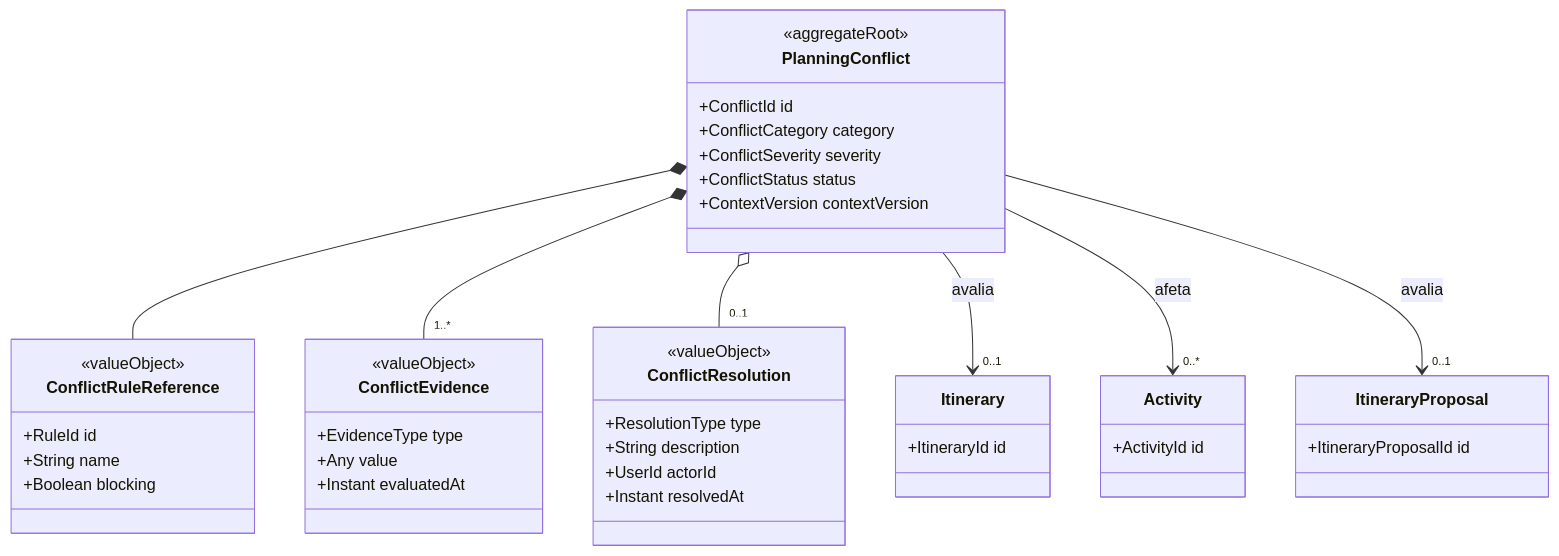
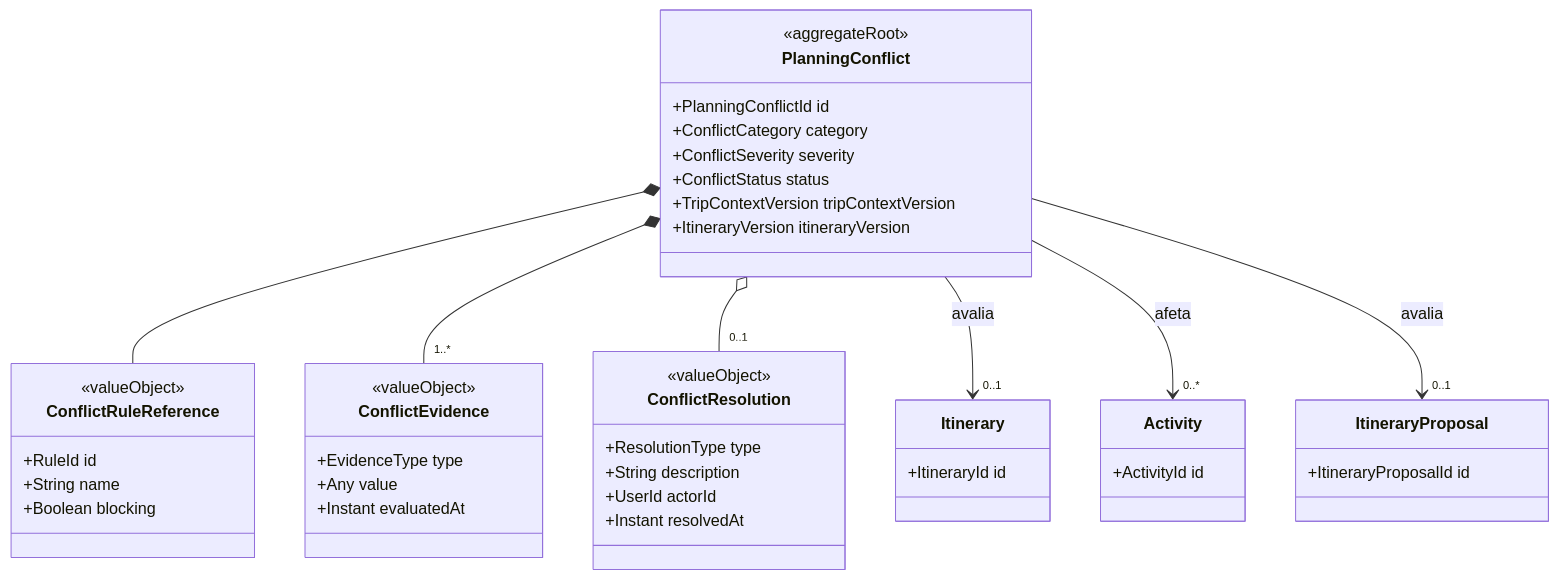
Diagram 15 of 17 in docs/domain/domain-model.md (collapsy/Routebook), drawn with Mermaid before and after one commit. The commit also changed other lines of this file and 1 other file, not shown here.

````diff
--- a/docs/domain/domain-model.md
+++ b/docs/domain/domain-model.md
@@ -2399,52 +2401,53 @@
 ```mermaid
 classDiagram
     class PlanningConflict {
         <<aggregateRoot>>
-        +ConflictId id
+        +PlanningConflictId id
         +ConflictCategory category
         +ConflictSeverity severity
         +ConflictStatus status
-        +ContextVersion contextVersion
+        +TripContextVersion tripContextVersion
+        +ItineraryVersion itineraryVersion
     }
 
     class ConflictRuleReference {
         <<valueObject>>
         +RuleId id
         +String name
         +Boolean blocking
     }
 
     class ConflictEvidence {
         <<valueObject>>
         +EvidenceType type
         +Any value
         +Instant evaluatedAt
     }
 
     class ConflictResolution {
         <<valueObject>>
         +ResolutionType type
         +String description
         +UserId actorId
         +Instant resolvedAt
     }
 
     class Itinerary {
         +ItineraryId id
     }
 
     class Activity {
         +ActivityId id
     }
 
     class ItineraryProposal {
         +ItineraryProposalId id
     }
 
     PlanningConflict *-- ConflictRuleReference
     PlanningConflict *-- "1..*" ConflictEvidence
     PlanningConflict o-- "0..1" ConflictResolution
     PlanningConflict --> "0..1" Itinerary : avalia
     PlanningConflict --> "0..*" Activity : afeta
     PlanningConflict --> "0..1" ItineraryProposal : avalia
 ```
````
